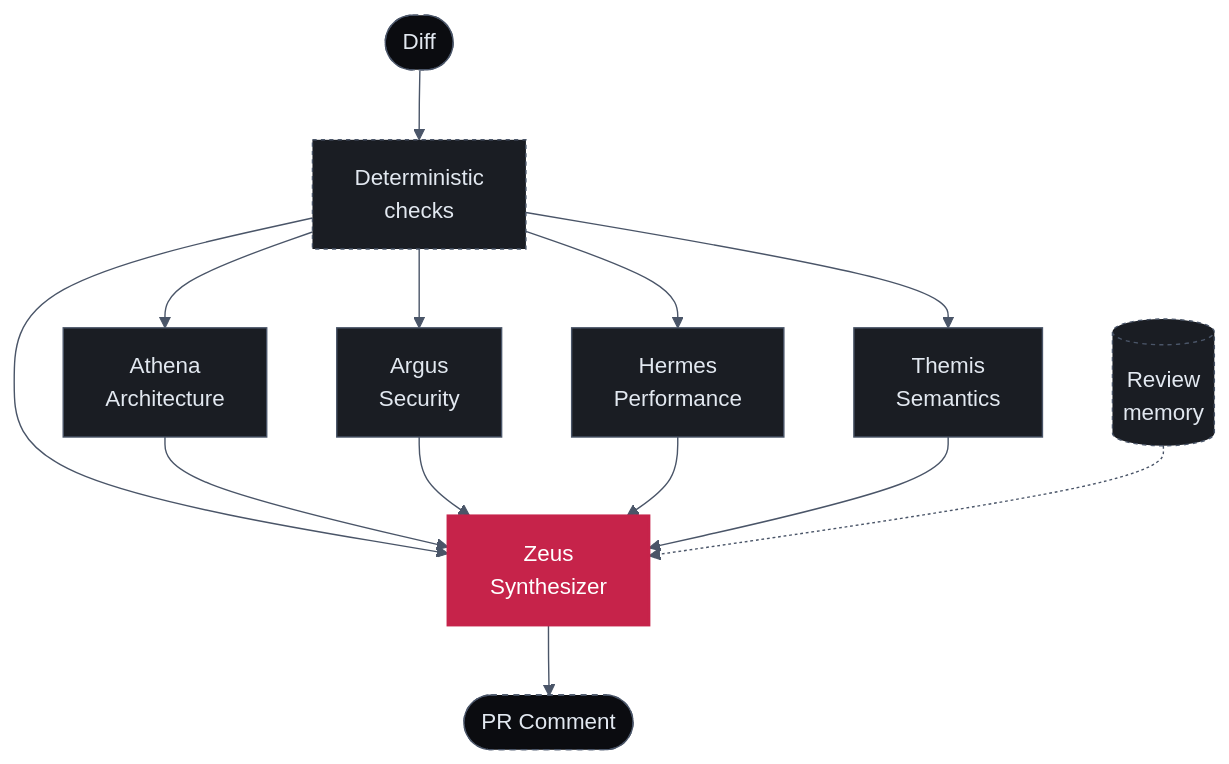
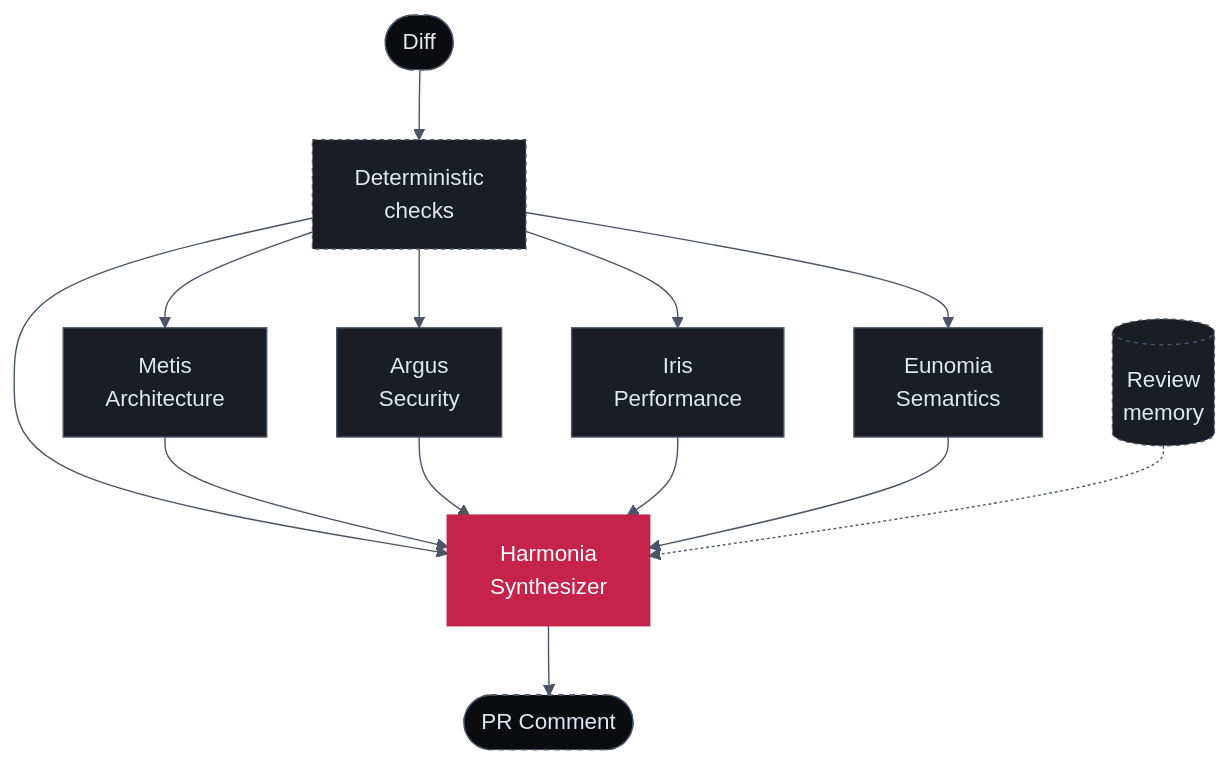
Before and after one commit to Arc-and-Anchor/sigilix-docs: the diagram in how-it-works/the-ensemble.mdx, drawn with Mermaid. The commit also changed other lines of this file and 36 other files, not shown here.

````diff
--- a/how-it-works/the-ensemble.mdx
+++ b/how-it-works/the-ensemble.mdx
@@ -12,46 +12,46 @@
 ```mermaid
 %%{init: {
   'theme': 'base',
   'themeVariables': {
     'background': '#0B0C10',
     'primaryColor': '#1A1D23',
     'primaryTextColor': '#E2E8F0',
     'primaryBorderColor': '#4A5568',
     'lineColor': '#4A5568',
     'fontFamily': 'ui-monospace, SFMono-Regular, Menlo, Monaco, Consolas, monospace'
   }
 } }%%
 flowchart TD
     diff([Diff])
     det["Deterministic<br/>checks"]
-    athena["Athena<br/>Architecture"]
+    athena["Metis<br/>Architecture"]
     argus["Argus<br/>Security"]
-    hermes["Hermes<br/>Performance"]
-    themis["Themis<br/>Semantics"]
-    zeus["Zeus<br/>Synthesizer"]
+    hermes["Iris<br/>Performance"]
+    themis["Eunomia<br/>Semantics"]
+    zeus["Harmonia<br/>Synthesizer"]
     mem[("Review<br/>memory")]
     pr([PR Comment])
 
     diff --> det
     det --> athena
     det --> argus
     det --> hermes
     det --> themis
     det --> zeus
     athena --> zeus
     argus --> zeus
     hermes --> zeus
     themis --> zeus
     mem -.-> zeus
     zeus --> pr
 
     classDef specialist fill:#1A1D23,stroke:#4A5568,color:#E2E8F0,stroke-width:1px
     classDef preLLM fill:#1A1D23,stroke:#4A5568,color:#E2E8F0,stroke-width:1px,stroke-dasharray: 3 3
     classDef zeusStyle fill:#C6234A,stroke:#C6234A,color:#FFFFFF,stroke-width:2px
     classDef output fill:#0B0C10,stroke:#4A5568,color:#E2E8F0,stroke-width:1px,stroke-dasharray: 4 4
 
     class athena,argus,hermes,themis specialist
     class det,mem preLLM
     class zeus zeusStyle
     class diff,pr output
 ```
````
